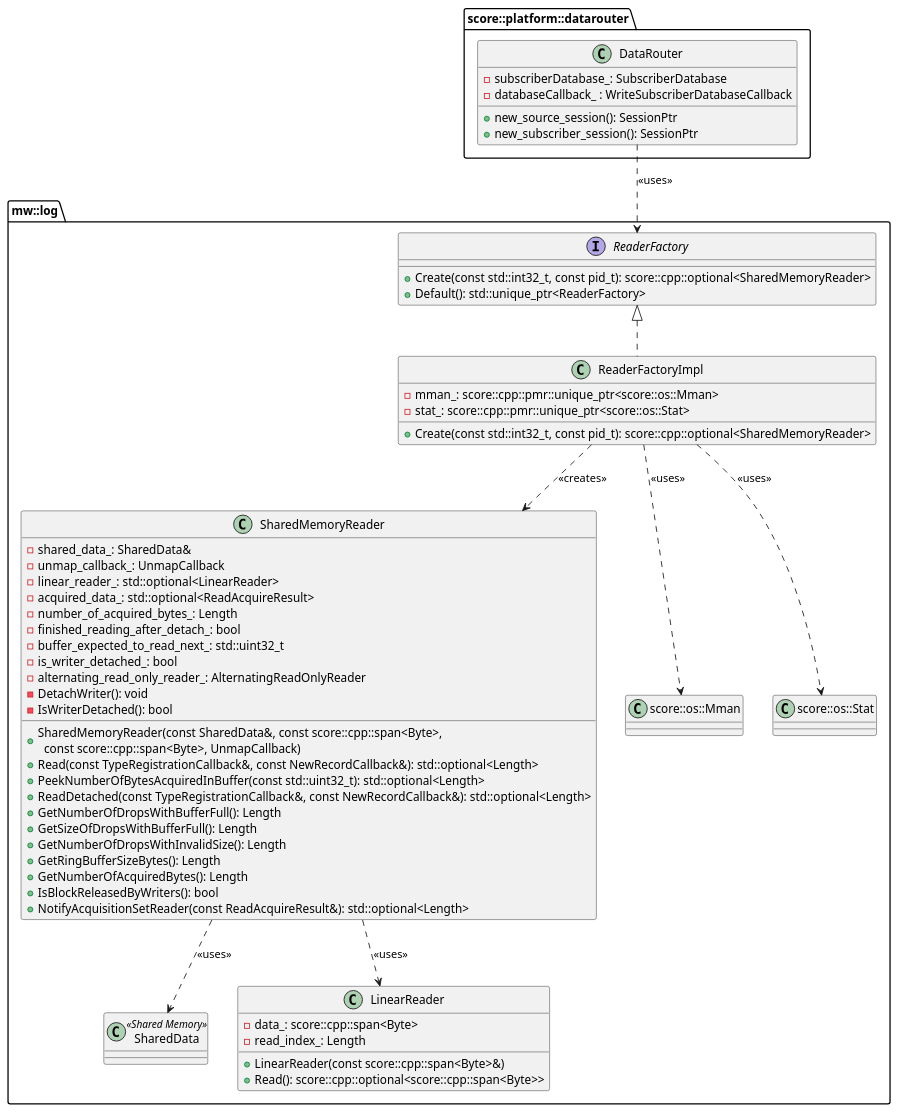
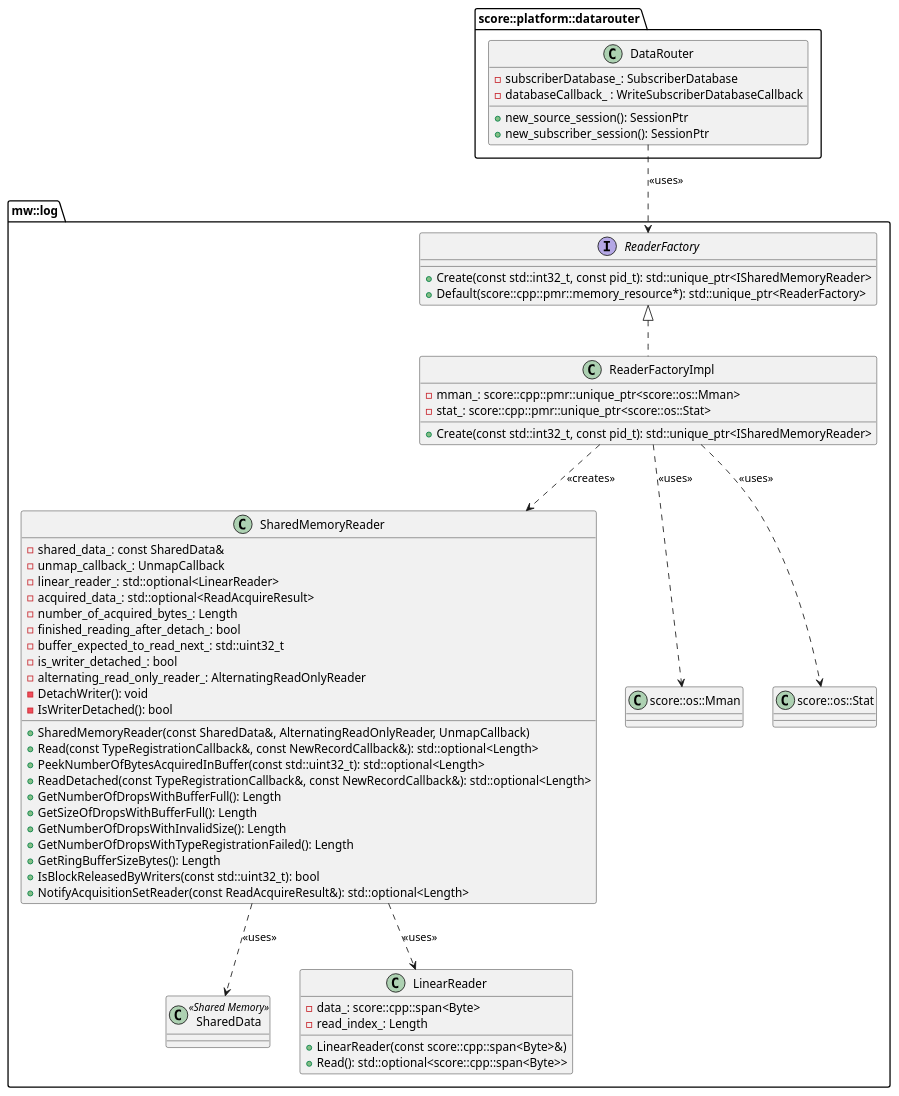
One commit to eclipse-score/logging changed the diagram in docs/components/mw_log/detailed_design/_assets/mw_log_shared_memory_reader.puml. Above: the diagram before and after it, drawn with PlantUML. The commit also changed 10 other files, not shown here.

```diff
--- a/docs/components/mw_log/detailed_design/_assets/mw_log_shared_memory_reader.puml
+++ b/docs/components/mw_log/detailed_design/_assets/mw_log_shared_memory_reader.puml
@@ -14,81 +14,81 @@
 @startuml mw_log_shared_memory_reader
 
 package "mw::log" {
   interface "ReaderFactory" as ReaderFactory {
-    + Create(const std::int32_t, const pid_t): score::cpp::optional<SharedMemoryReader>
-    + Default(): std::unique_ptr<ReaderFactory>
+    + Create(const std::int32_t, const pid_t): std::unique_ptr<ISharedMemoryReader>
+    + Default(score::cpp::pmr::memory_resource*): std::unique_ptr<ReaderFactory>
   }
 
   class "ReaderFactoryImpl" as ReaderFactoryImpl {
     - mman_: score::cpp::pmr::unique_ptr<score::os::Mman>
     - stat_: score::cpp::pmr::unique_ptr<score::os::Stat>
     __
-    + Create(const std::int32_t, const pid_t): score::cpp::optional<SharedMemoryReader>
+    + Create(const std::int32_t, const pid_t): std::unique_ptr<ISharedMemoryReader>
   }
 
   class "SharedMemoryReader" as SharedMemoryReader {
-    - shared_data_: SharedData&
+    - shared_data_: const SharedData&
     - unmap_callback_: UnmapCallback
     - linear_reader_: std::optional<LinearReader>
     - acquired_data_: std::optional<ReadAcquireResult>
     - number_of_acquired_bytes_: Length
     - finished_reading_after_detach_: bool
     - buffer_expected_to_read_next_: std::uint32_t
     - is_writer_detached_: bool
     - alternating_read_only_reader_: AlternatingReadOnlyReader
     - DetachWriter(): void
     - IsWriterDetached(): bool
     __
-    + SharedMemoryReader(const SharedData&, const score::cpp::span<Byte>,\n  const score::cpp::span<Byte>, UnmapCallback)
+    + SharedMemoryReader(const SharedData&, AlternatingReadOnlyReader, UnmapCallback)
     + Read(const TypeRegistrationCallback&, const NewRecordCallback&): std::optional<Length>
     + PeekNumberOfBytesAcquiredInBuffer(const std::uint32_t): std::optional<Length>
     + ReadDetached(const TypeRegistrationCallback&, const NewRecordCallback&): std::optional<Length>
     + GetNumberOfDropsWithBufferFull(): Length
     + GetSizeOfDropsWithBufferFull(): Length
     + GetNumberOfDropsWithInvalidSize(): Length
+    + GetNumberOfDropsWithTypeRegistrationFailed(): Length
     + GetRingBufferSizeBytes(): Length
-    + GetNumberOfAcquiredBytes(): Length
-    + IsBlockReleasedByWriters(): bool
+    + IsBlockReleasedByWriters(const std::uint32_t): bool
     + NotifyAcquisitionSetReader(const ReadAcquireResult&): std::optional<Length>
   }
 
   class "SharedData" as SharedData <<Shared Memory>> {
   }
 
   class "LinearReader" as LinearReader {
     - data_: score::cpp::span<Byte>
     - read_index_: Length
     __
     + LinearReader(const score::cpp::span<Byte>&)
-    + Read(): score::cpp::optional<score::cpp::span<Byte>>
+    + Read(): std::optional<score::cpp::span<Byte>>
   }
 
   class "score::os::Mman" as Mman {
   }
 
   class "score::os::Stat" as Stat {
   }
 
   ' Relationships
   ReaderFactory <|.. ReaderFactoryImpl
   ReaderFactoryImpl ..> SharedMemoryReader : <<creates>>
   ReaderFactoryImpl ..> Mman : <<uses>>
   ReaderFactoryImpl ..> Stat : <<uses>>
   SharedMemoryReader ..> SharedData : <<uses>>
   SharedMemoryReader ..> LinearReader : <<uses>>
 }
 
 package "score::platform::datarouter" {
   class "DataRouter" as DataRouter {
     - subscriberDatabase_: SubscriberDatabase
     - databaseCallback_ : WriteSubscriberDatabaseCallback
     __
     + new_source_session(): SessionPtr
     + new_subscriber_session(): SessionPtr
   }
 
   ' Relationship
   DataRouter ..> ReaderFactory : <<uses>>
 }
 
 @enduml
```
